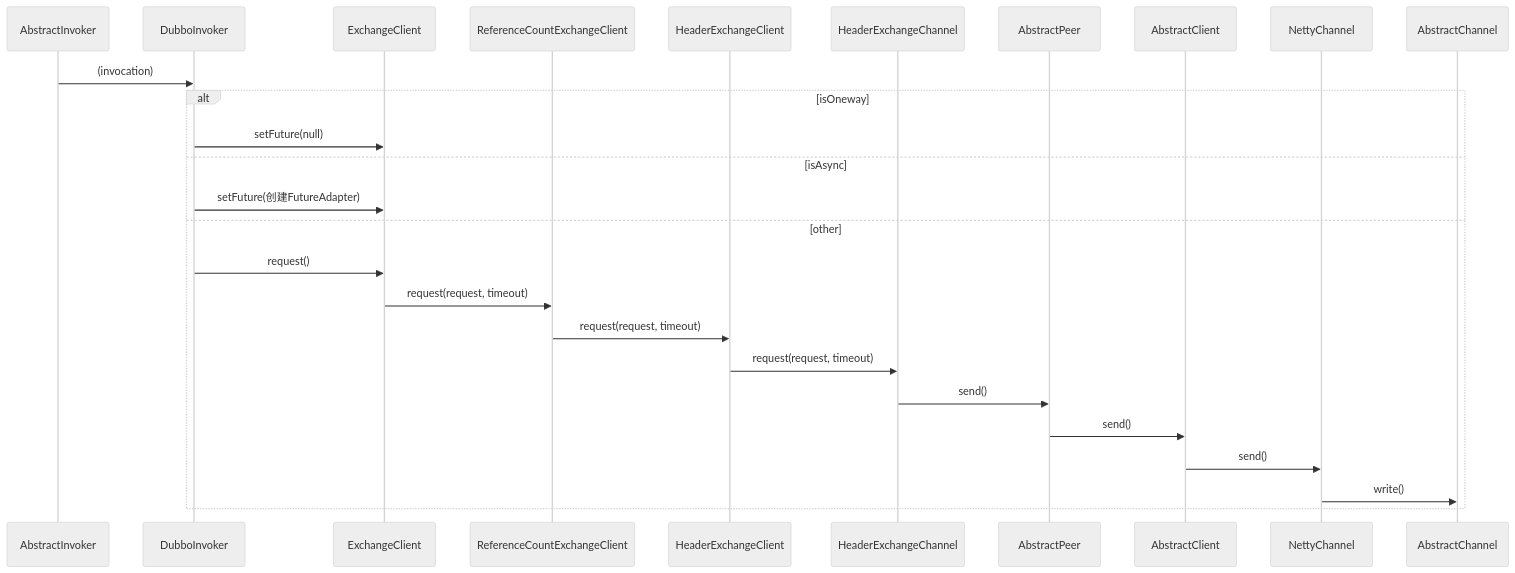
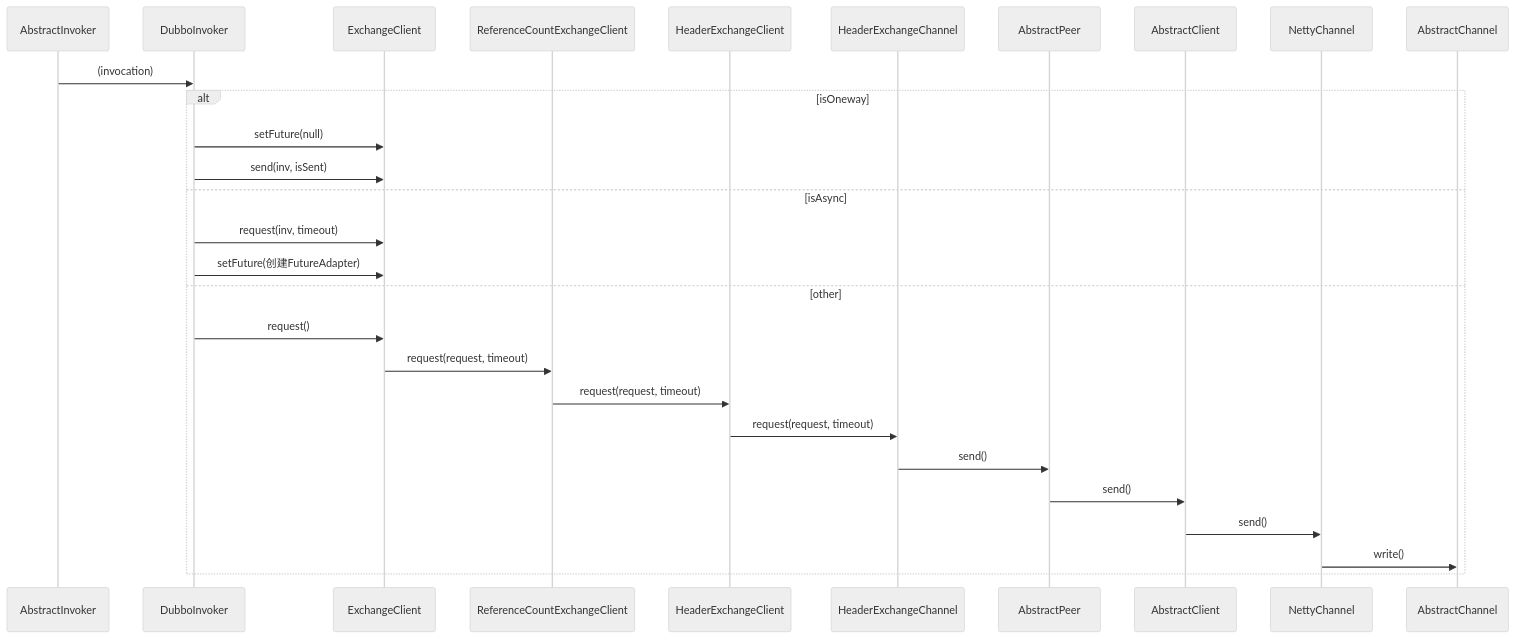
Before and after one commit to onlyonion/development: the fourth of 4 diagrams in 30-distributed/src/dubbo/rpc/proxy.InvokerInvocationHandler.md, drawn with Mermaid (neutral theme). The commit also changed other lines of this file and 2 other files, not shown here.

````diff
--- a/30-distributed/src/dubbo/rpc/proxy.InvokerInvocationHandler.md
+++ b/30-distributed/src/dubbo/rpc/proxy.InvokerInvocationHandler.md
@@ -86,23 +86,25 @@
 ```mermaid
 sequenceDiagram
     %% dubboinvoker
     AbstractInvoker->>DubboInvoker:(invocation)
     
     alt isOneway
         DubboInvoker->>ExchangeClient:setFuture(null)
+        DubboInvoker->>ExchangeClient:send(inv, isSent)
     else isAsync
+        DubboInvoker->>ExchangeClient:request(inv, timeout)
         DubboInvoker->>ExchangeClient:setFuture(创建FutureAdapter)
     else other
         %% 交换层
         DubboInvoker->>ExchangeClient:request()
         ExchangeClient->>ReferenceCountExchangeClient:request(request, timeout)
         ReferenceCountExchangeClient->>HeaderExchangeClient:request(request, timeout)
         HeaderExchangeClient->>HeaderExchangeChannel:request(request, timeout)
         
         %% 传输层
         HeaderExchangeChannel->>AbstractPeer:send()
         AbstractPeer->>AbstractClient:send()
         AbstractClient->>NettyChannel:send()
         NettyChannel->>AbstractChannel:write()
     end
 ```
````
